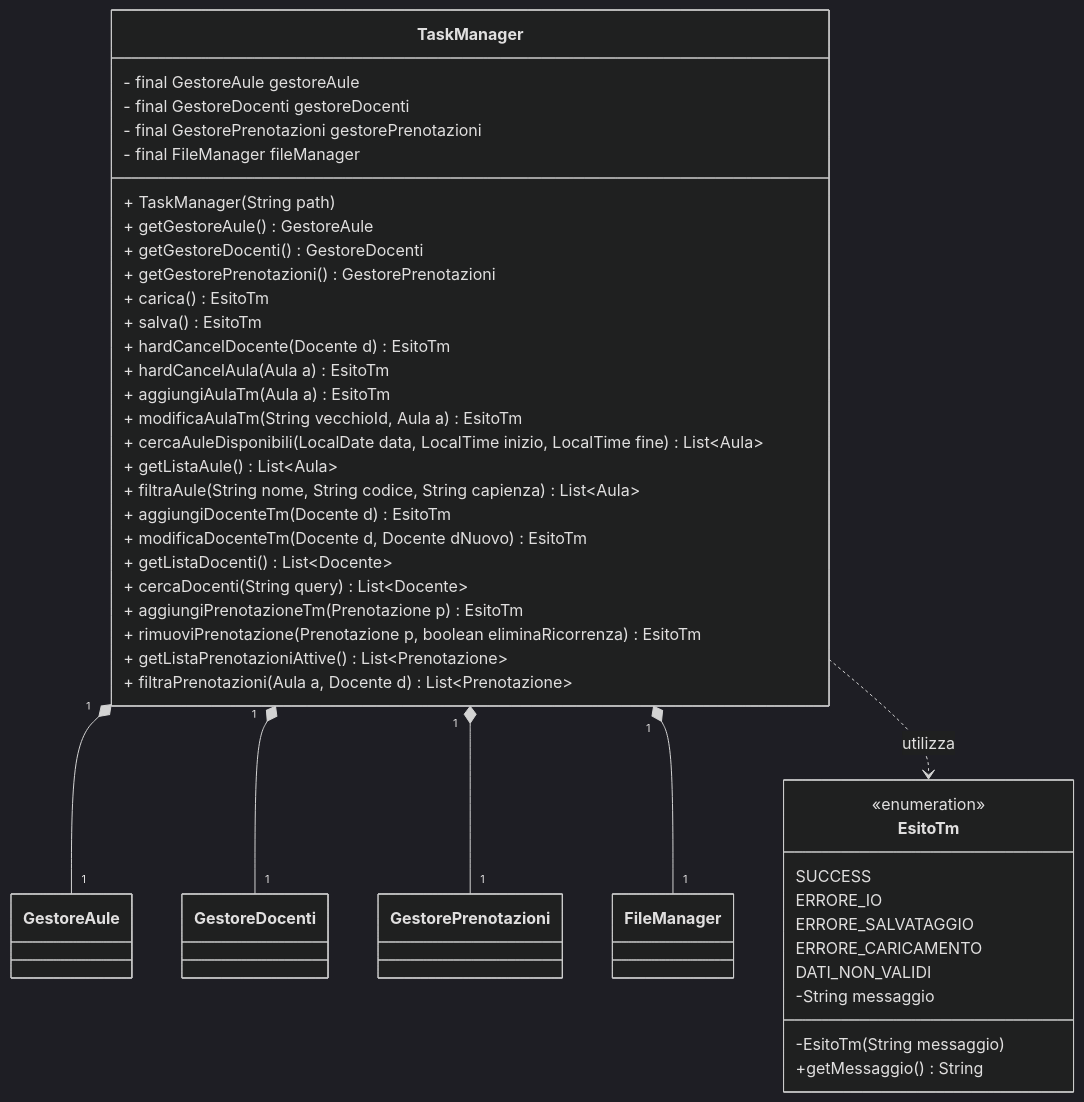
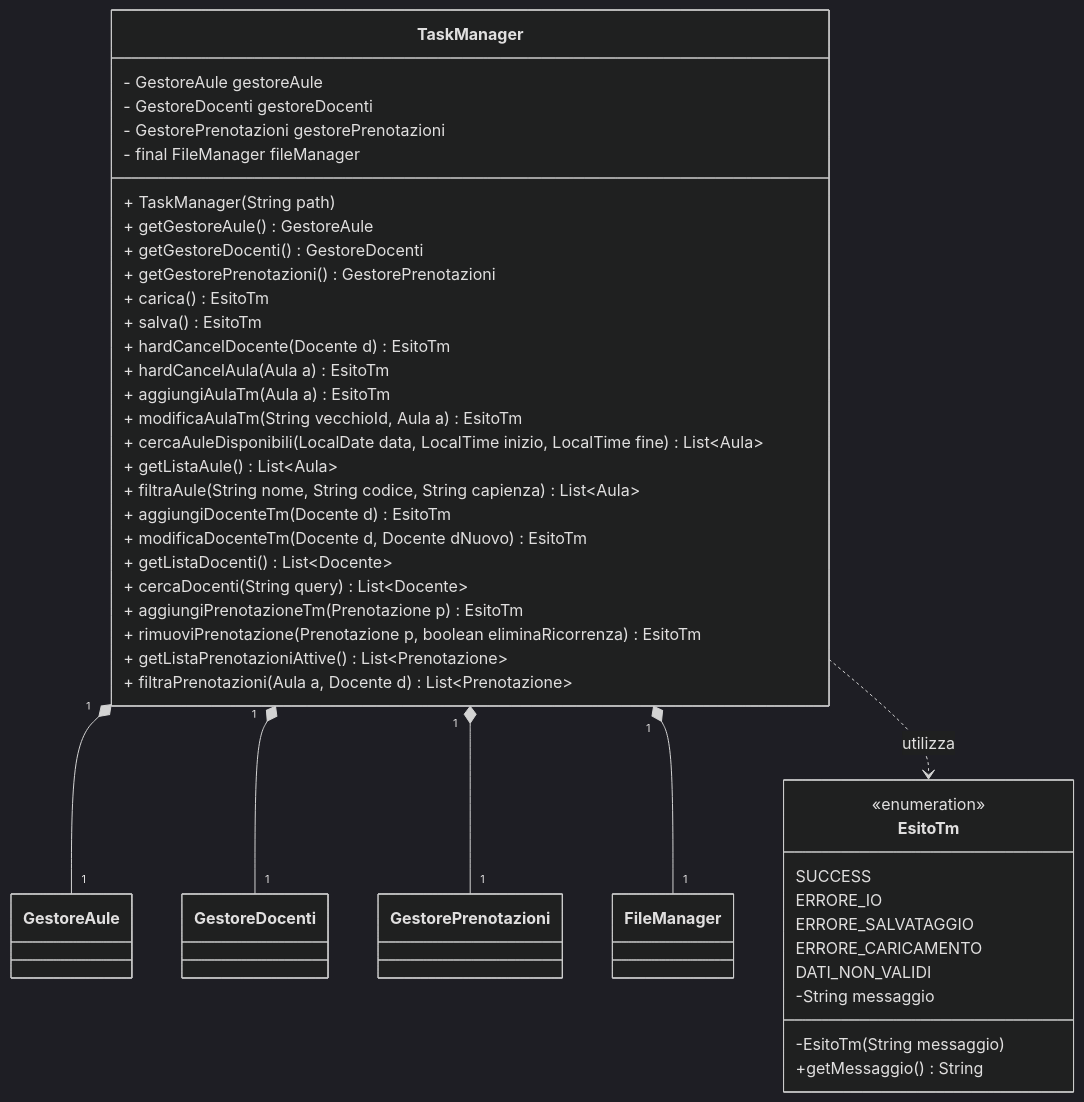
One commit to gcarbone48/PrenotazioneAule5 changed the diagram in diagrams/class diagrams/taskManagerClassDiagram.md. Above: the diagram before and after it, drawn with Mermaid (dark theme). The commit also changed 5 other files, not shown here.

````diff
--- a/diagrams/class diagrams/taskManagerClassDiagram.md
+++ b/diagrams/class diagrams/taskManagerClassDiagram.md
@@ -1,78 +1,78 @@
 ```mermaid
 classDiagram
 
     class EsitoTm{
         <<enumeration>>
         SUCCESS
         ERRORE_IO
         ERRORE_SALVATAGGIO
         ERRORE_CARICAMENTO
         DATI_NON_VALIDI
         -String messaggio
         -EsitoTm(String messaggio)
         +getMessaggio() String
     }
 
     class TaskManager{
-    - final GestoreAule gestoreAule
-    - final GestoreDocenti gestoreDocenti
-    - final GestorePrenotazioni gestorePrenotazioni
+    - GestoreAule gestoreAule
+    - GestoreDocenti gestoreDocenti
+    - GestorePrenotazioni gestorePrenotazioni
     - final FileManager fileManager
     
     %% path è il percorso del fileManager
 
     + TaskManager(String path)
     
     %% getter
     + getGestoreAule() GestoreAule
     + getGestoreDocenti() GestoreDocenti
     + getGestorePrenotazioni() GestorePrenotazioni
 
     %% qui contatta il fileManager 
 
     + carica() EsitoTm
     + salva() EsitoTm
 
     %% hardCancelDocente chiama la rimozione docente di GestoreDocenti e la rimozione prenotazioni
     %% associate a docente di GestorePrenotazioni
 
     + hardCancelDocente(Docente d) EsitoTm
 
     %% hardCancelAula chiama la rimozione aula di GestoreAule e la rimozione prenotazioni
     %% associate a aula di GestorePrenotazioni
 
     + hardCancelAula(Aula a) EsitoTm
 
     %% wrapping di GestoreAule
 
     + aggiungiAulaTm(Aula a) EsitoTm
     + modificaAulaTm(String vecchioId, Aula a) EsitoTm
 
     + cercaAuleDisponibili(LocalDate data, LocalTime inizio, LocalTime fine) List~Aula~
     + getListaAule() List~Aula~
     + filtraAule(String nome, String codice, String capienza) List~Aula~
 
     %% wrapping di GestoreDocenti
 
     + aggiungiDocenteTm(Docente d) EsitoTm
     + modificaDocenteTm(Docente d, Docente dNuovo) EsitoTm
 
     + getListaDocenti() List~Docente~
     + cercaDocenti(String query) List~Docente~
     
     %% wrapping di GestorePrenotazioni
 
     + aggiungiPrenotazioneTm(Prenotazione p) EsitoTm
     + rimuoviPrenotazione(Prenotazione p, boolean eliminaRicorrenza) EsitoTm
     + getListaPrenotazioniAttive() List~Prenotazione~
     + filtraPrenotazioni(Aula a, Docente d) List~Prenotazione~
     
     }
 
     TaskManager "1" *-- "1" GestoreAule
     TaskManager "1" *-- "1" GestoreDocenti
     TaskManager "1" *-- "1" GestorePrenotazioni
     TaskManager "1" *-- "1" FileManager
     TaskManager ..> EsitoTm : utilizza
 
 ```
````
